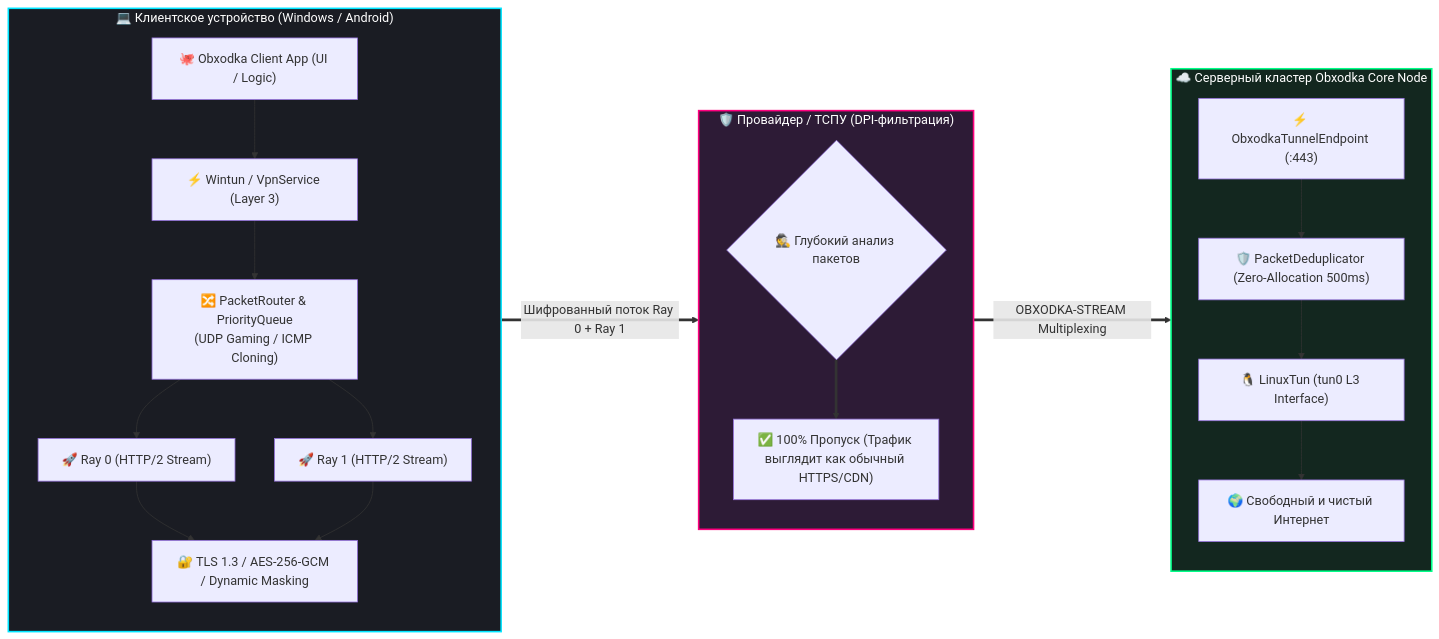
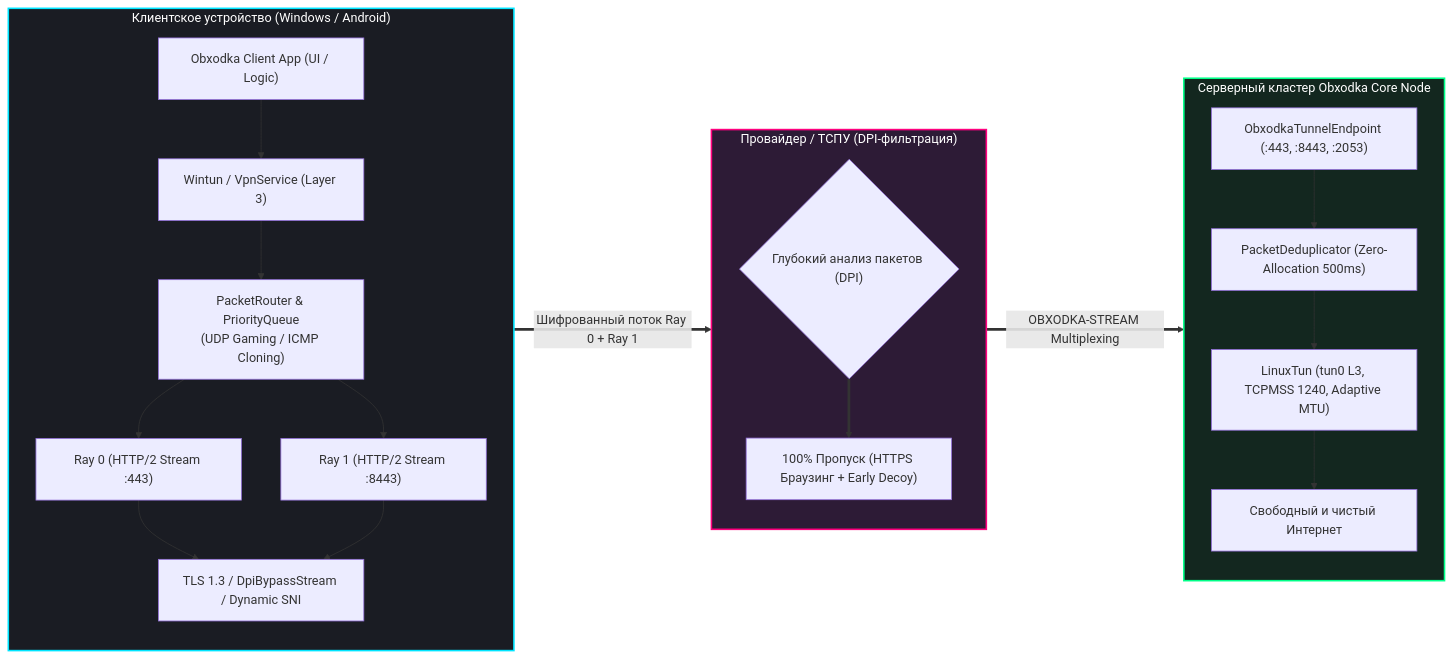
Before and after one commit to OctoCore-Dev/obxodka: the first of 2 diagrams in README.md, drawn with Mermaid. The commit also changed other lines of this file and 29 other files, not shown here.

````diff
--- a/README.md
+++ b/README.md
@@ -62,42 +63,42 @@
 ```mermaid
 flowchart LR
-    subgraph Client["💻 Клиентское устройство (Windows / Android)"]
+    subgraph Client["Клиентское устройство (Windows / Android)"]
         direction TB
-        App["🐙 Obxodka Client App (UI / Logic)"]
-        Adapter["⚡ Wintun / VpnService (Layer 3)"]
-        Router["🔀 PacketRouter & PriorityQueue\n(UDP Gaming / ICMP Cloning)"]
-        Ray0["🚀 Ray 0 (HTTP/2 Stream)"]
-        Ray1["🚀 Ray 1 (HTTP/2 Stream)"]
-        Crypto["🔐 TLS 1.3 / AES-256-GCM / Dynamic Masking"]
+        App["Obxodka Client App (UI / Logic)"]
+        Adapter["Wintun / VpnService (Layer 3)"]
+        Router["PacketRouter & PriorityQueue\n(UDP Gaming / ICMP Cloning)"]
+        Ray0["Ray 0 (HTTP/2 Stream :443)"]
+        Ray1["Ray 1 (HTTP/2 Stream :8443)"]
+        Crypto["TLS 1.3 / DpiBypassStream / Dynamic SNI"]
         App --> Adapter --> Router
         Router --> Ray0 --> Crypto
         Router --> Ray1 --> Crypto
     end
 
-    subgraph ISP["🛡️ Провайдер / ТСПУ (DPI-фильтрация)"]
+    subgraph ISP["Провайдер / ТСПУ (DPI-фильтрация)"]
         direction TB
-        DPI{"🕵️ Глубокий анализ пакетов"}
-        Pass["✅ 100% Пропуск (Трафик выглядит как обычный HTTPS/CDN)"]
+        DPI{"Глубокий анализ пакетов (DPI)"}
+        Pass["100% Пропуск (HTTPS Браузинг + Early Decoy)"]
         DPI ==> Pass
     end
 
-    subgraph Server["☁️ Серверный кластер Obxodka Core Node"]
+    subgraph Server["Серверный кластер Obxodka Core Node"]
         direction TB
-        Endpoint["⚡ ObxodkaTunnelEndpoint (:443)"]
-        Dedup["🛡️ PacketDeduplicator (Zero-Allocation 500ms)"]
-        LinuxTun["🐧 LinuxTun (tun0 L3 Interface)"]
-        CleanNet["🌍 Свободный и чистый Интернет"]
+        Endpoint["ObxodkaTunnelEndpoint (:443, :8443, :2053)"]
+        Dedup["PacketDeduplicator (Zero-Allocation 500ms)"]
+        LinuxTun["LinuxTun (tun0 L3, TCPMSS 1240, Adaptive MTU)"]
+        CleanNet["Свободный и чистый Интернет"]
         Endpoint --> Dedup --> LinuxTun --> CleanNet
     end
 
     Crypto ==>|Шифрованный поток Ray 0 + Ray 1| DPI
     Pass ==>|OBXODKA-STREAM Multiplexing| Endpoint
 
     classDef clientStyle fill:#1a1c23,stroke:#00e5ff,stroke-width:2px,color:#fff;
     classDef dpiStyle fill:#2d1b36,stroke:#ff007f,stroke-width:2px,color:#fff;
     classDef serverStyle fill:#13271f,stroke:#00ff88,stroke-width:2px,color:#fff;
 
     class Client clientStyle;
     class ISP dpiStyle;
     class Server serverStyle;
 ```
````
